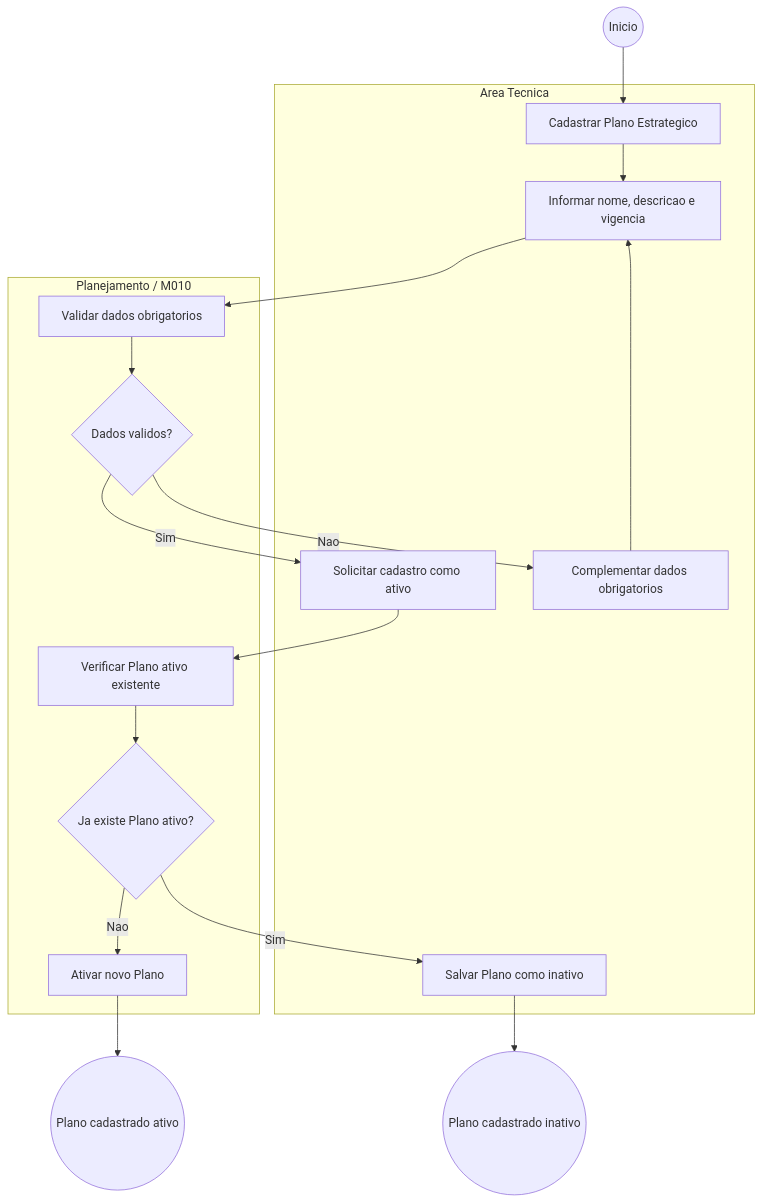
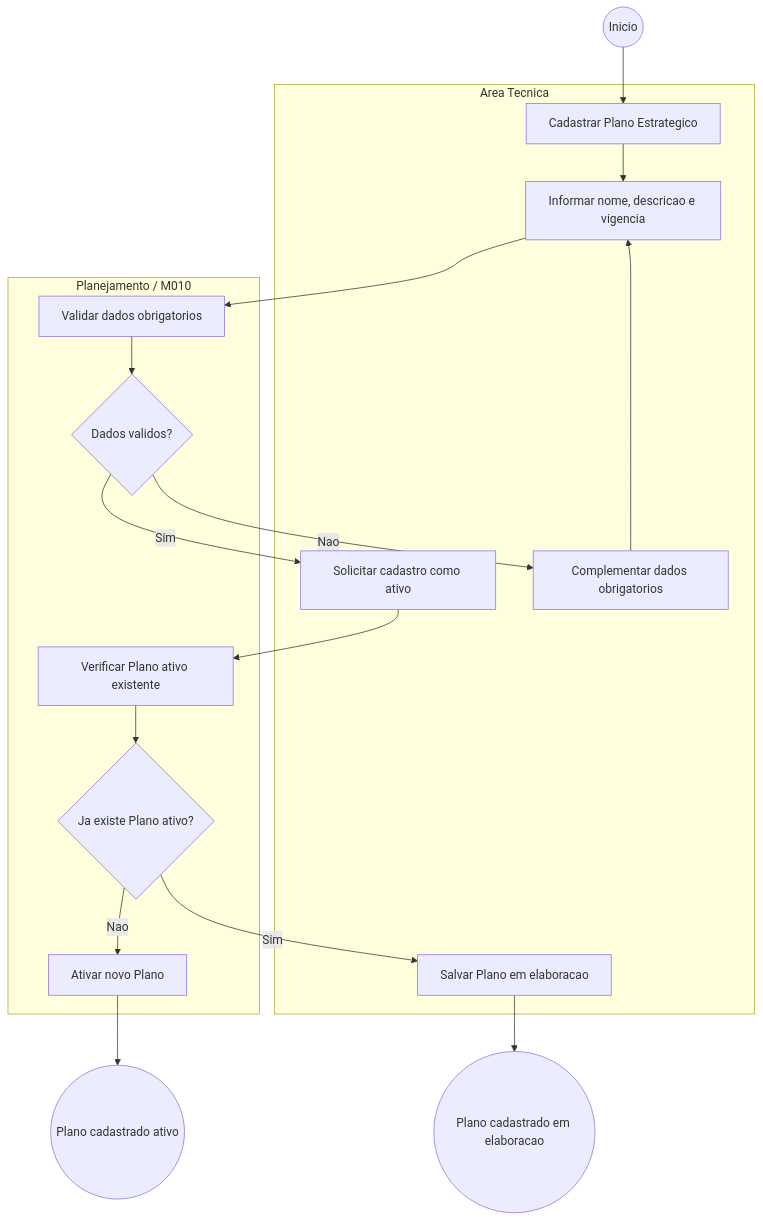
The first of 4 diagrams in docs/implementation/modules/M010-planejamento-estrategia/planejamento/processo.md (Czzped/conecta-fapes-teste), drawn with Mermaid before and after one commit. The commit also changed other lines of this file and 85 other files, not shown here.

````diff
--- a/docs/implementation/modules/M010-planejamento-estrategia/planejamento/processo.md
+++ b/docs/implementation/modules/M010-planejamento-estrategia/planejamento/processo.md
@@ -22,28 +22,28 @@
 ```mermaid
 flowchart TB
     inicio((Inicio))
     fim1((Plano cadastrado ativo))
-    fim2((Plano cadastrado inativo))
+    fim2((Plano cadastrado em elaboracao))
 
     subgraph area["Area Tecnica"]
         A1["Cadastrar Plano Estrategico"]
         A2["Informar nome, descricao e vigencia"]
         A3["Solicitar cadastro como ativo"]
-        A4["Salvar Plano como inativo"]
+        A4["Salvar Plano em elaboracao"]
         A5["Complementar dados obrigatorios"]
     end
 
     subgraph planejamento["Planejamento / M010"]
         P1["Validar dados obrigatorios"]
         P2["Verificar Plano ativo existente"]
         G1{"Dados validos?"}
         G2{"Ja existe Plano ativo?"}
         P3["Ativar novo Plano"]
     end
 
     inicio --> A1 --> A2 --> P1 --> G1
     G1 -- "Nao" --> A5 --> A2
     G1 -- "Sim" --> A3 --> P2 --> G2
     G2 -- "Nao" --> P3 --> fim1
     G2 -- "Sim" --> A4 --> fim2
 ```
````
